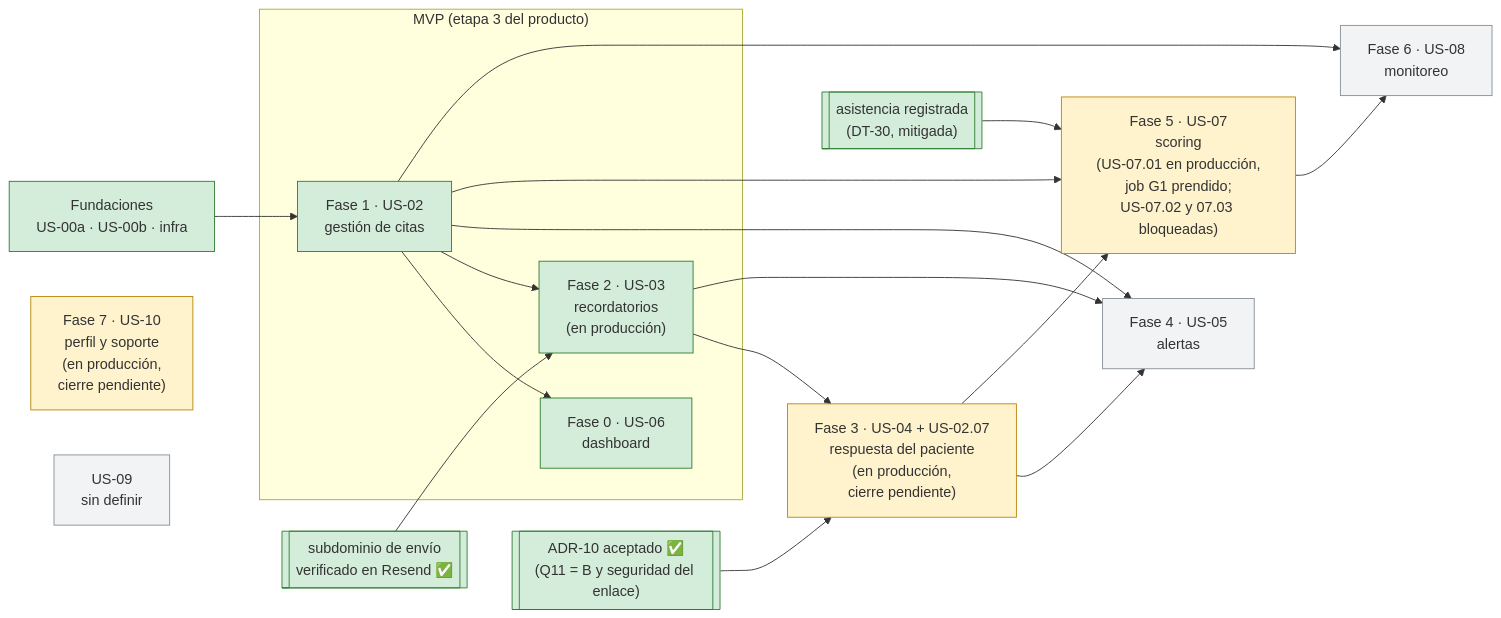
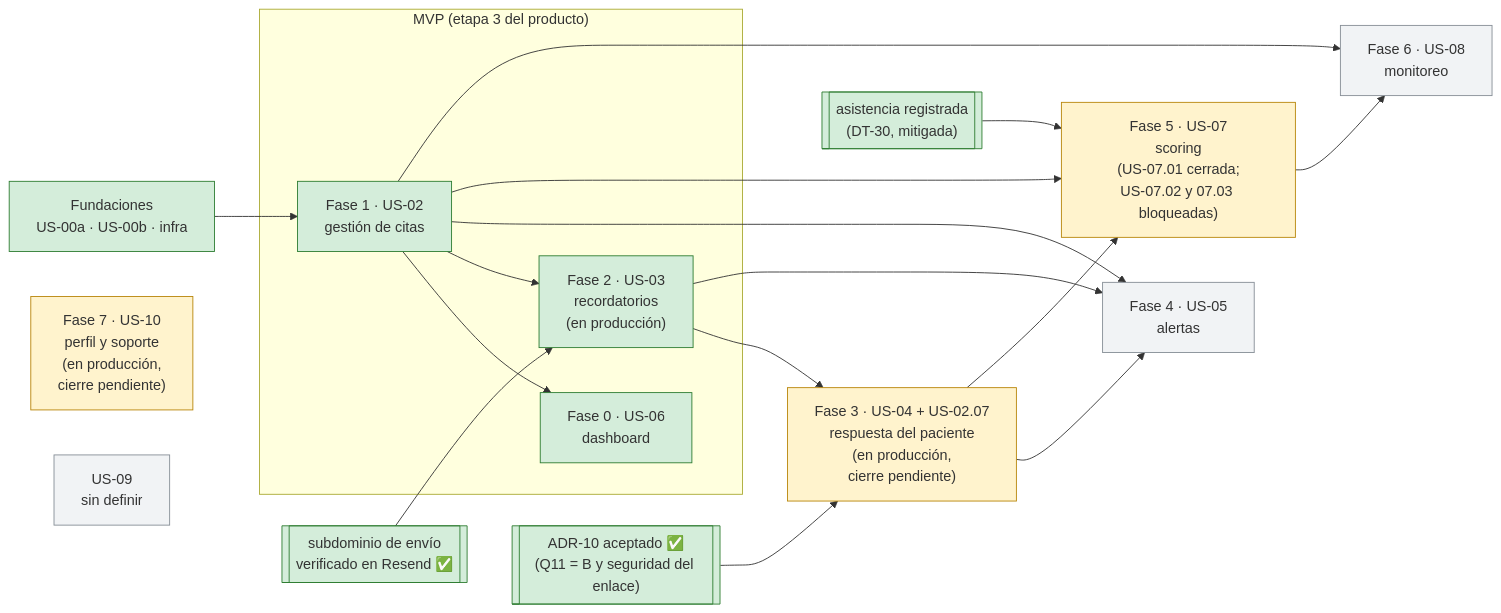
One commit to Citia-solutions/citia-backend changed the diagram in context/Fases/README.md. Above: the diagram before and after it, drawn with Mermaid. The commit also changed other lines of this file and 11 other files, not shown here.

````diff
--- a/context/Fases/README.md
+++ b/context/Fases/README.md
@@ -124,41 +133,41 @@
 ```mermaid
 flowchart LR
   B["Fundaciones<br/>US-00a · US-00b · infra"]:::hecho
 
   subgraph MVP["MVP (etapa 3 del producto)"]
     F1["Fase 1 · US-02<br/>gestión de citas"]:::hecho
     F0["Fase 0 · US-06<br/>dashboard"]:::hecho
     F2["Fase 2 · US-03<br/>recordatorios<br/>(en producción)"]:::hecho
   end
 
   F3["Fase 3 · US-04 + US-02.07<br/>respuesta del paciente<br/>(en producción,<br/>cierre pendiente)"]:::disenada
   F4["Fase 4 · US-05<br/>alertas"]:::pendiente
-  F5["Fase 5 · US-07<br/>scoring<br/>(US-07.01 en producción,<br/>job G1 prendido;<br/>US-07.02 y 07.03 bloqueadas)"]:::disenada
+  F5["Fase 5 · US-07<br/>scoring<br/>(US-07.01 cerrada;<br/>US-07.02 y 07.03 bloqueadas)"]:::disenada
   F6["Fase 6 · US-08<br/>monitoreo"]:::pendiente
   F7["Fase 7 · US-10<br/>perfil y soporte<br/>(en producción,<br/>cierre pendiente)"]:::disenada
   U9["US-09<br/>sin definir"]:::pendiente
 
   DOM[["subdominio de envío<br/>verificado en Resend ✅"]]:::hecho
   A10[["ADR-10 aceptado ✅<br/>(Q11 = B y seguridad del enlace)"]]:::hecho
   D30[["asistencia registrada<br/>(DT-30, mitigada)"]]:::hecho
 
   B --> F1
   F1 --> F0
   F1 --> F2
   DOM --> F2
   F2 --> F3
   A10 --> F3
   F1 --> F4
   F2 --> F4
   F3 --> F4
   F1 --> F5
   F3 --> F5
   D30 --> F5
   F1 --> F6
   F5 --> F6
 
   classDef hecho fill:#d4edda,stroke:#2e7d32
   classDef disenada fill:#fff3cd,stroke:#b8860b
   classDef pendiente fill:#f1f3f5,stroke:#868e96
   classDef aplazada fill:#e7eaf6,stroke:#5c6bc0
 ```
````
